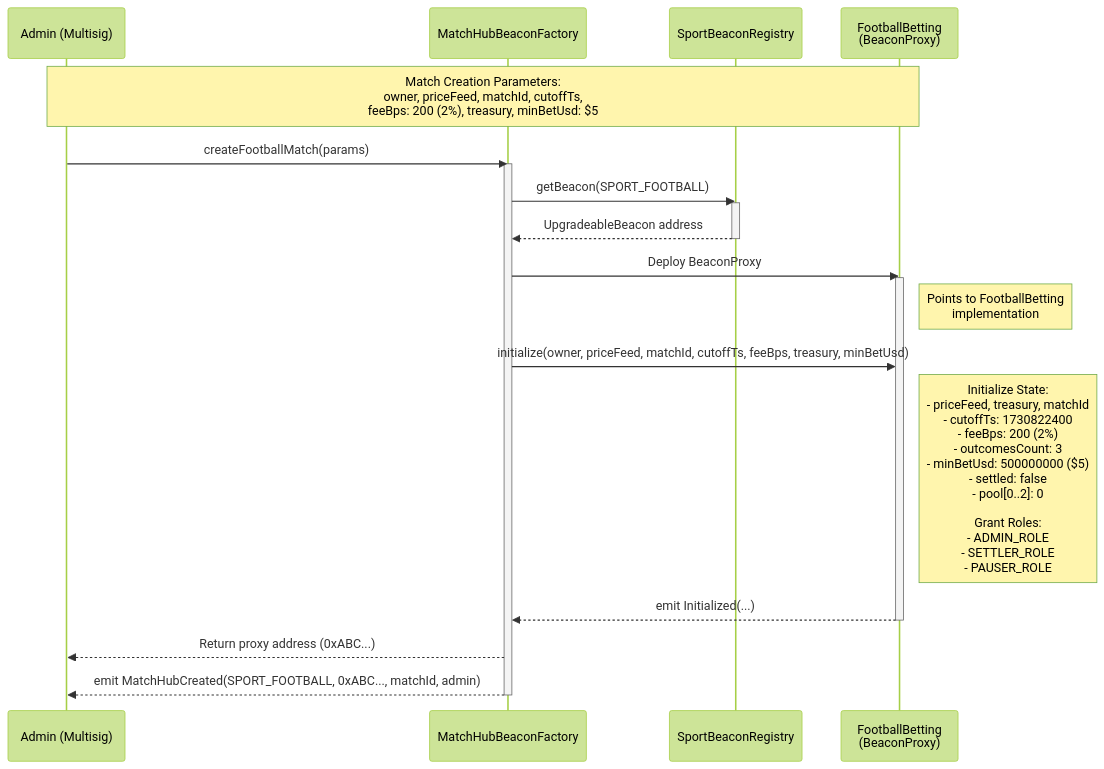
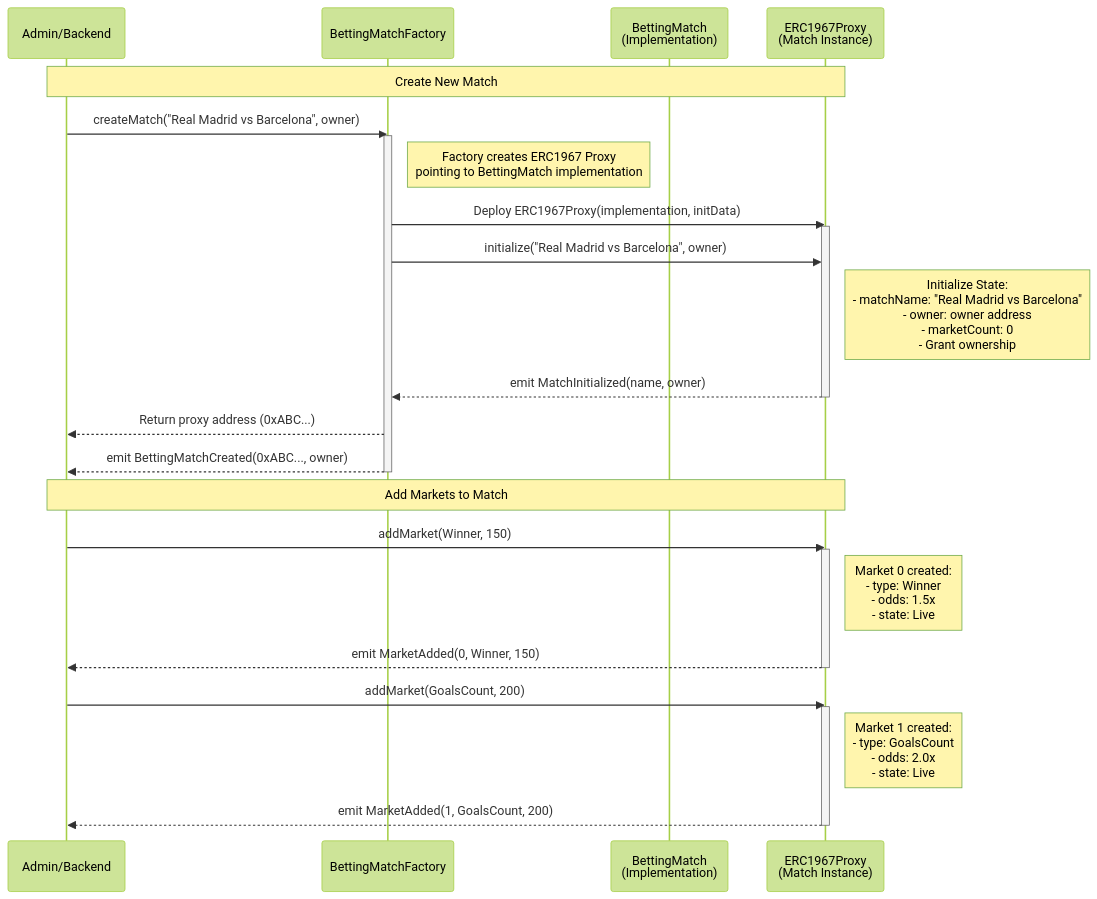
Before and after one commit to ChilizTV/smart-contracts: the first of 11 diagrams in SEQUENCE_DIAGRAM.md, drawn with Mermaid (forest theme). The commit also changed other lines of this file and 25 other files, not shown here.

````diff
--- a/SEQUENCE_DIAGRAM.md
+++ b/SEQUENCE_DIAGRAM.md
@@ -17,32 +17,42 @@
 ```mermaid
 sequenceDiagram
-    participant Admin as Admin (Multisig)
-    participant Factory as MatchHubBeaconFactory
-    participant Registry as SportBeaconRegistry
-    participant Proxy as FootballBetting<br/>(BeaconProxy)
+    participant Admin as Admin/Backend
+    participant Factory as BettingMatchFactory
+    participant Impl as BettingMatch<br/>(Implementation)
+    participant Proxy as ERC1967Proxy<br/>(Match Instance)
 
-    Note over Admin,Proxy: Match Creation Parameters:<br/>owner, priceFeed, matchId, cutoffTs,<br/>feeBps: 200 (2%), treasury, minBetUsd: $5
+    Note over Admin,Proxy: Create New Match
 
-    Admin->>Factory: createFootballMatch(params)
+    Admin->>Factory: createMatch("Real Madrid vs Barcelona", owner)
     activate Factory
     
-    Factory->>Registry: getBeacon(SPORT_FOOTBALL)
-    activate Registry
-    Registry-->>Factory: UpgradeableBeacon address
-    deactivate Registry
+    Note right of Factory: Factory creates ERC1967 Proxy<br/>pointing to BettingMatch implementation
     
-    Factory->>Proxy: Deploy BeaconProxy
+    Factory->>Proxy: Deploy ERC1967Proxy(implementation, initData)
     activate Proxy
-    Note right of Proxy: Points to FootballBetting<br/>implementation
     
-    Factory->>Proxy: initialize(owner, priceFeed, matchId, cutoffTs, feeBps, treasury, minBetUsd)
+    Factory->>Proxy: initialize("Real Madrid vs Barcelona", owner)
     
-    Note right of Proxy: Initialize State:<br/>- priceFeed, treasury, matchId<br/>- cutoffTs: 1730822400<br/>- feeBps: 200 (2%)<br/>- outcomesCount: 3<br/>- minBetUsd: 500000000 ($5)<br/>- settled: false<br/>- pool[0..2]: 0<br/><br/>Grant Roles:<br/>- ADMIN_ROLE<br/>- SETTLER_ROLE<br/>- PAUSER_ROLE
+    Note right of Proxy: Initialize State:<br/>- matchName: "Real Madrid vs Barcelona"<br/>- owner: owner address<br/>- marketCount: 0<br/>- Grant ownership
     
-    Proxy-->>Factory: emit Initialized(...)
+    Proxy-->>Factory: emit MatchInitialized(name, owner)
     deactivate Proxy
     
     Factory-->>Admin: Return proxy address (0xABC...)
-    Factory-->>Admin: emit MatchHubCreated(SPORT_FOOTBALL, 0xABC..., matchId, admin)
+    Factory-->>Admin: emit BettingMatchCreated(0xABC..., owner)
     deactivate Factory
+    
+    Note over Admin,Proxy: Add Markets to Match
+    
+    Admin->>Proxy: addMarket(Winner, 150)
+    activate Proxy
+    Note right of Proxy: Market 0 created:<br/>- type: Winner<br/>- odds: 1.5x<br/>- state: Live
+    Proxy-->>Admin: emit MarketAdded(0, Winner, 150)
+    deactivate Proxy
+    
+    Admin->>Proxy: addMarket(GoalsCount, 200)
+    activate Proxy
+    Note right of Proxy: Market 1 created:<br/>- type: GoalsCount<br/>- odds: 2.0x<br/>- state: Live
+    Proxy-->>Admin: emit MarketAdded(1, GoalsCount, 200)
+    deactivate Proxy
 ```
````
